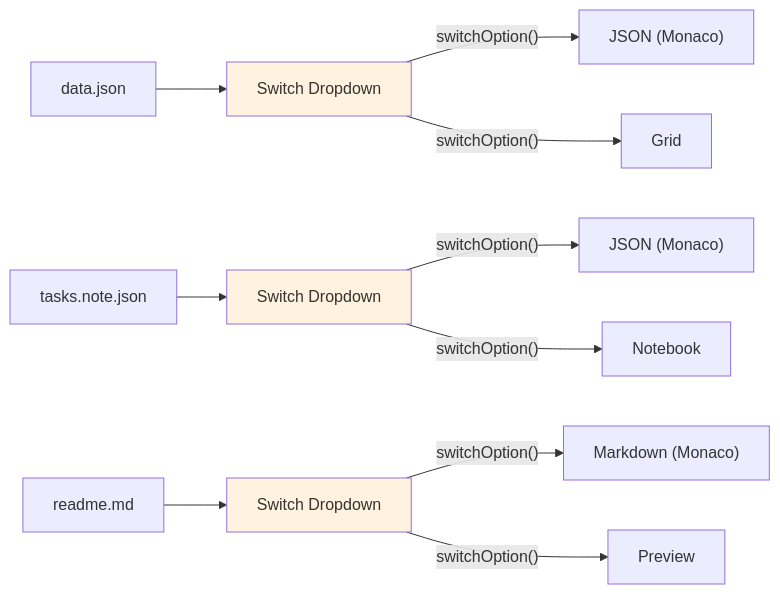
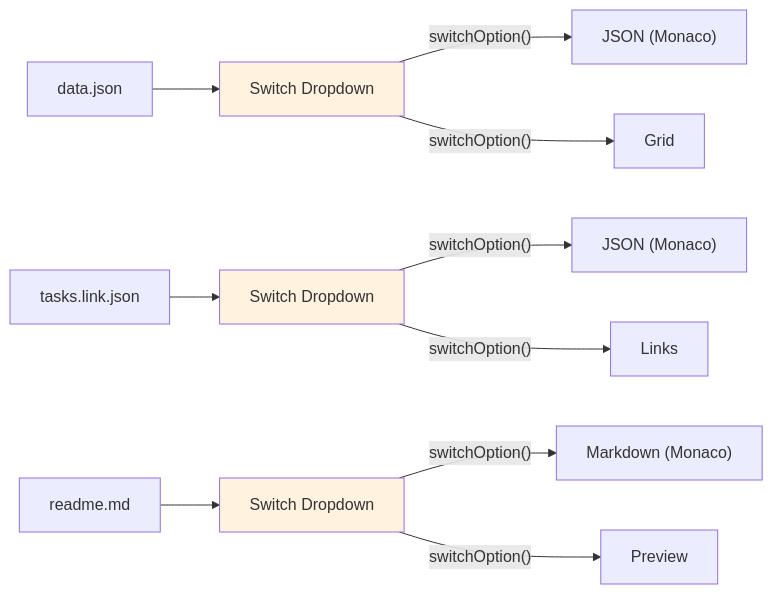
One commit to andriy-viyatyk/persephone changed the diagram in doc/architecture/diagrams/3-editor-switch.mmd. Above: the diagram before and after it, drawn with Mermaid. The commit also changed 123 other files, not shown here.

```diff
--- a/doc/architecture/diagrams/3-editor-switch.mmd
+++ b/doc/architecture/diagrams/3-editor-switch.mmd
@@ -1,16 +1,16 @@
 flowchart LR
     JSON["data.json"] --> SW["Switch Dropdown"]
     SW -->|"switchOption()"| OPT1["JSON (Monaco)"]
     SW -->|"switchOption()"| OPT2["Grid"]
 
-    NOTE["tasks.note.json"] --> SW2["Switch Dropdown"]
+    NOTE["tasks.link.json"] --> SW2["Switch Dropdown"]
     SW2 -->|"switchOption()"| OPT3["JSON (Monaco)"]
-    SW2 -->|"switchOption()"| OPT4["Notebook"]
+    SW2 -->|"switchOption()"| OPT4["Links"]
 
     MD2["readme.md"] --> SW3["Switch Dropdown"]
     SW3 -->|"switchOption()"| OPT5["Markdown (Monaco)"]
     SW3 -->|"switchOption()"| OPT6["Preview"]
 
     style SW fill:#fff3e0
     style SW2 fill:#fff3e0
     style SW3 fill:#fff3e0
```
